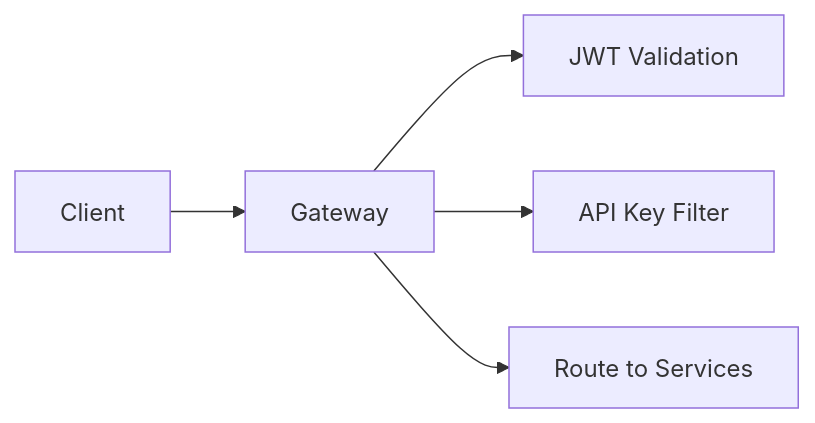
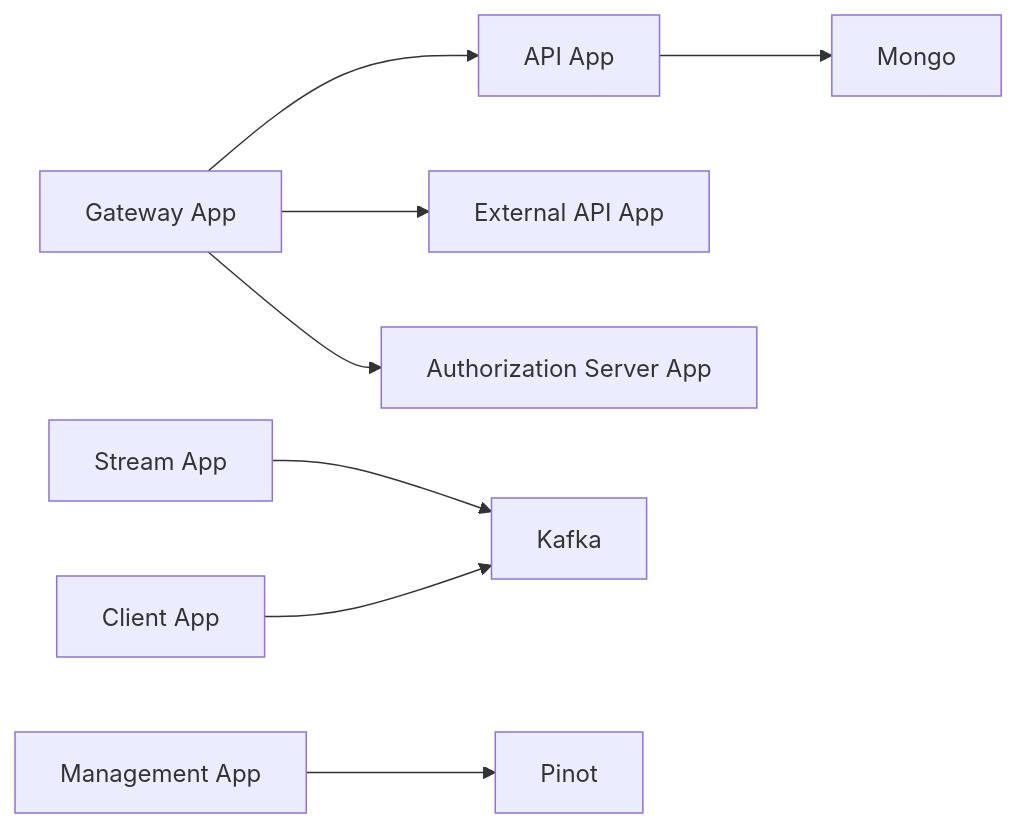
One commit to Praesto-Pro/openframe-oss-tenant changed the fourth of 5 diagrams in docs/architecture/README.md. Above: the diagram before and after it, drawn with Mermaid. The commit also changed other lines of this file and 214 other files, not shown here.

````diff
--- a/docs/architecture/README.md
+++ b/docs/architecture/README.md
@@ -178,7 +380,11 @@
 ```mermaid
 flowchart LR
-    Client --> Gateway
-    Gateway --> JwtValidation["JWT Validation"]
-    Gateway --> ApiKeyFilter["API Key Filter"]
-    Gateway --> Route["Route to Services"]
+    GatewayApp["Gateway App"] --> ApiApp["API App"]
+    GatewayApp --> ExternalApiApp["External API App"]
+    GatewayApp --> AuthApp["Authorization Server App"]
+    
+    ApiApp --> Mongo
+    StreamApp["Stream App"] --> Kafka
+    ManagementApp["Management App"] --> Pinot
+    ClientApp["Client App"] --> Kafka
 ```
````
